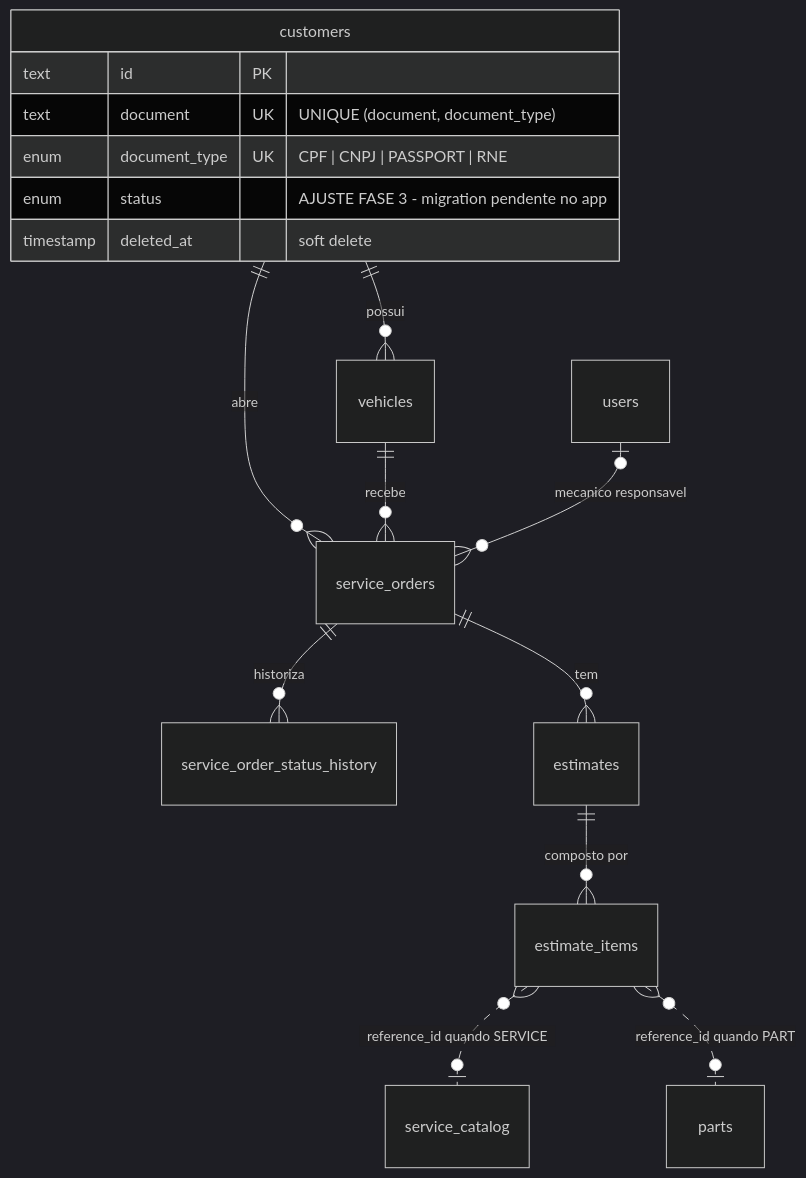
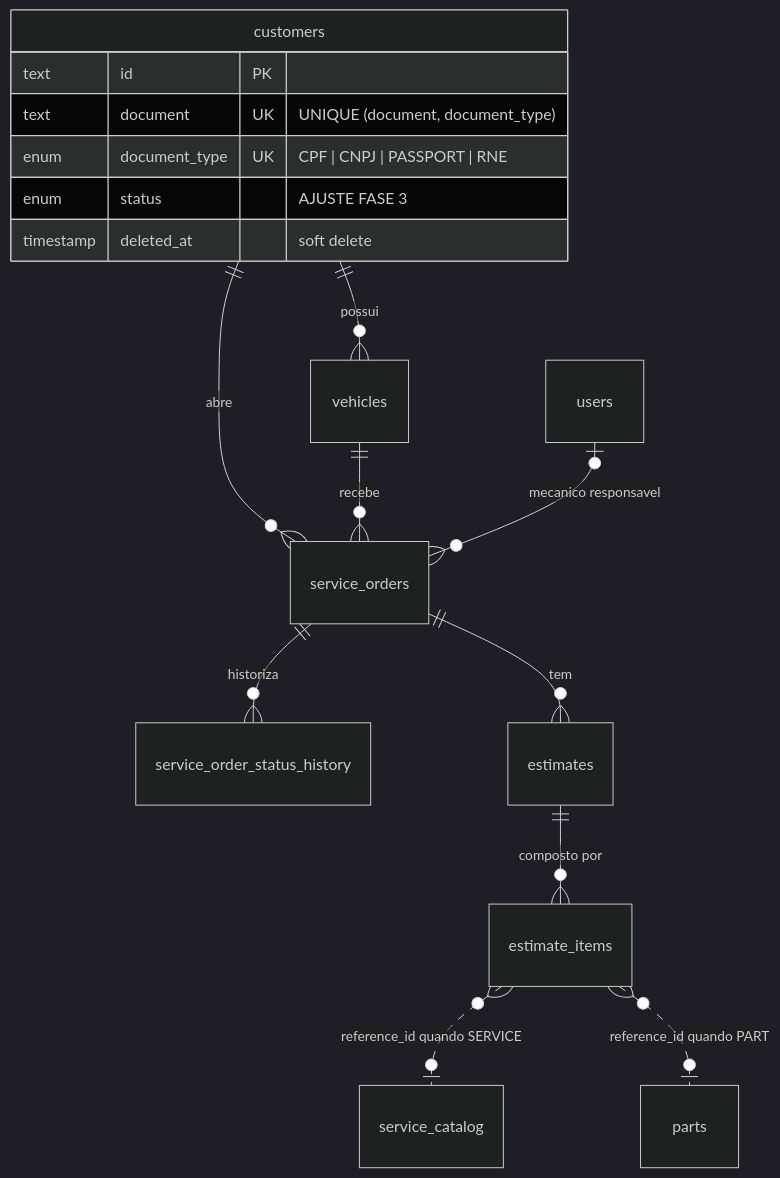
The second of 2 diagrams in README.md (DevKaue/tech-challenge-database-infra), drawn with Mermaid (dark theme) before and after one commit. The commit also changed other lines of this file and 7 other files, not shown here.

````diff
--- a/README.md
+++ b/README.md
@@ -298,20 +309,20 @@
 ```mermaid
 erDiagram
     customers ||--o{ vehicles : "possui"
     customers ||--o{ service_orders : "abre"
     vehicles ||--o{ service_orders : "recebe"
     users |o--o{ service_orders : "mecanico responsavel"
     service_orders ||--o{ service_order_status_history : "historiza"
     service_orders ||--o{ estimates : "tem"
     estimates ||--o{ estimate_items : "composto por"
     estimate_items }o..o| service_catalog : "reference_id quando SERVICE"
     estimate_items }o..o| parts : "reference_id quando PART"
 
     customers {
         text id PK
         text document UK "UNIQUE (document, document_type)"
         enum document_type UK "CPF | CNPJ | PASSPORT | RNE"
-        enum status "AJUSTE FASE 3 - migration pendente no app"
+        enum status "AJUSTE FASE 3"
         timestamp deleted_at "soft delete"
     }
 ```
````
